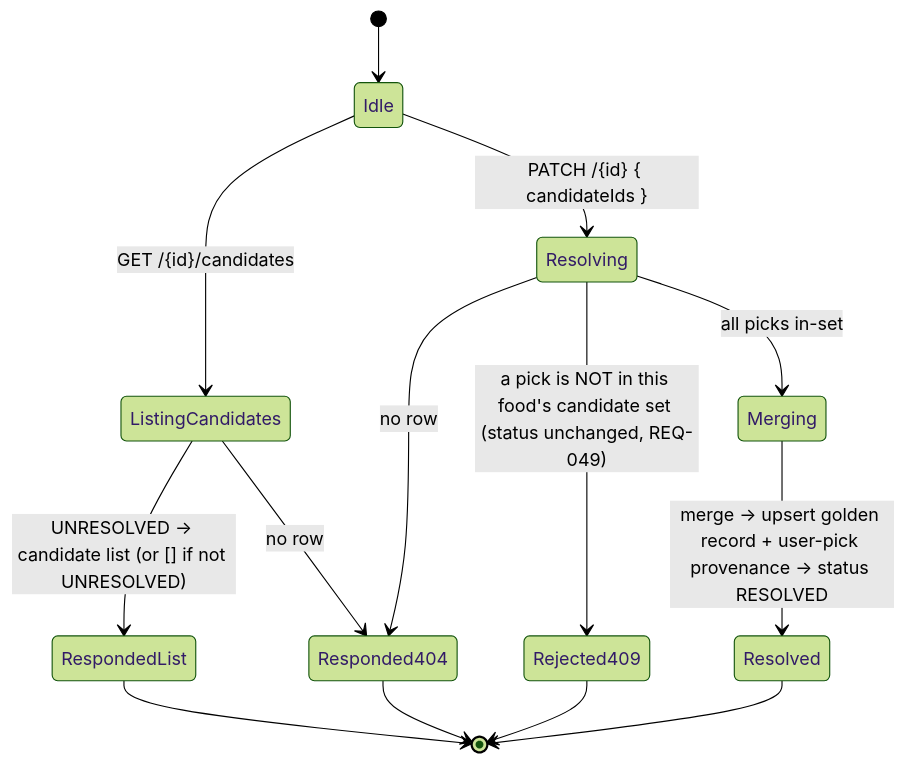
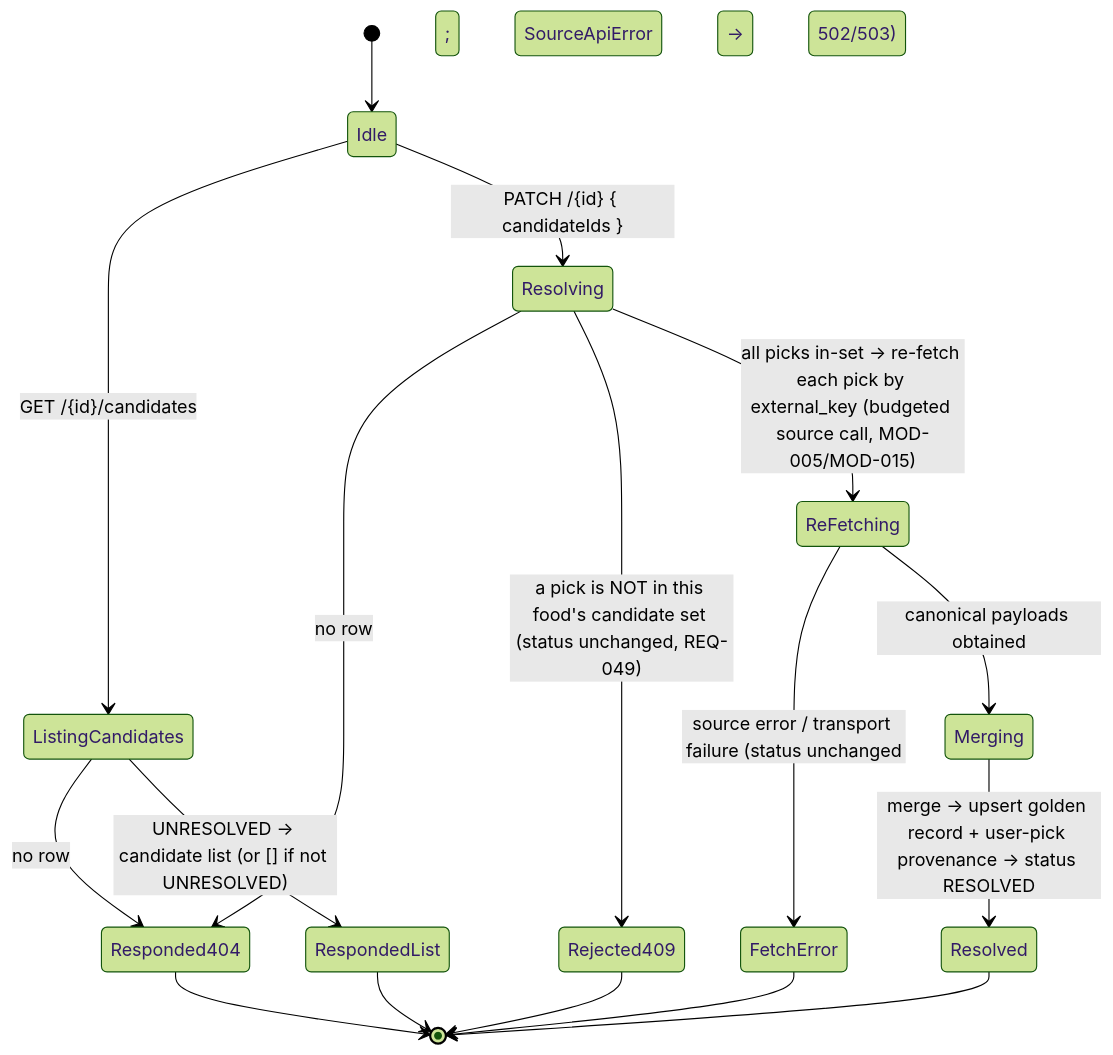
One commit to radicle-co/KitchenSink changed the ninth of 10 diagrams in specs/003-usda-food-data/v-model/module-design.md. Above: the diagram before and after it, drawn with Mermaid (forest theme). The commit also changed other lines of this file and 45 other files, not shown here.

````diff
--- a/specs/003-usda-food-data/v-model/module-design.md
+++ b/specs/003-usda-food-data/v-model/module-design.md
@@ -1702,16 +2088,19 @@
 ```mermaid
 stateDiagram-v2
   [*] --> Idle
   Idle --> ListingCandidates : GET /{id}/candidates
   Idle --> Resolving : PATCH /{id} { candidateIds }
   ListingCandidates --> Responded404 : no row
   ListingCandidates --> RespondedList : UNRESOLVED → candidate list (or [] if not UNRESOLVED)
   Resolving --> Responded404 : no row
   Resolving --> Rejected409 : a pick is NOT in this food's candidate set (status unchanged, REQ-049)
-  Resolving --> Merging : all picks in-set
+  Resolving --> ReFetching : all picks in-set → re-fetch each pick by external_key (budgeted source call, MOD-005/MOD-015)
+  ReFetching --> FetchError : source error / transport failure (status unchanged; SourceApiError → 502/503)
+  ReFetching --> Merging : canonical payloads obtained
   Merging --> Resolved : merge → upsert golden record + user-pick provenance → status RESOLVED
+  FetchError --> [*]
   RespondedList --> [*]
   Responded404 --> [*]
   Rejected409 --> [*]
   Resolved --> [*]
 ```
````
